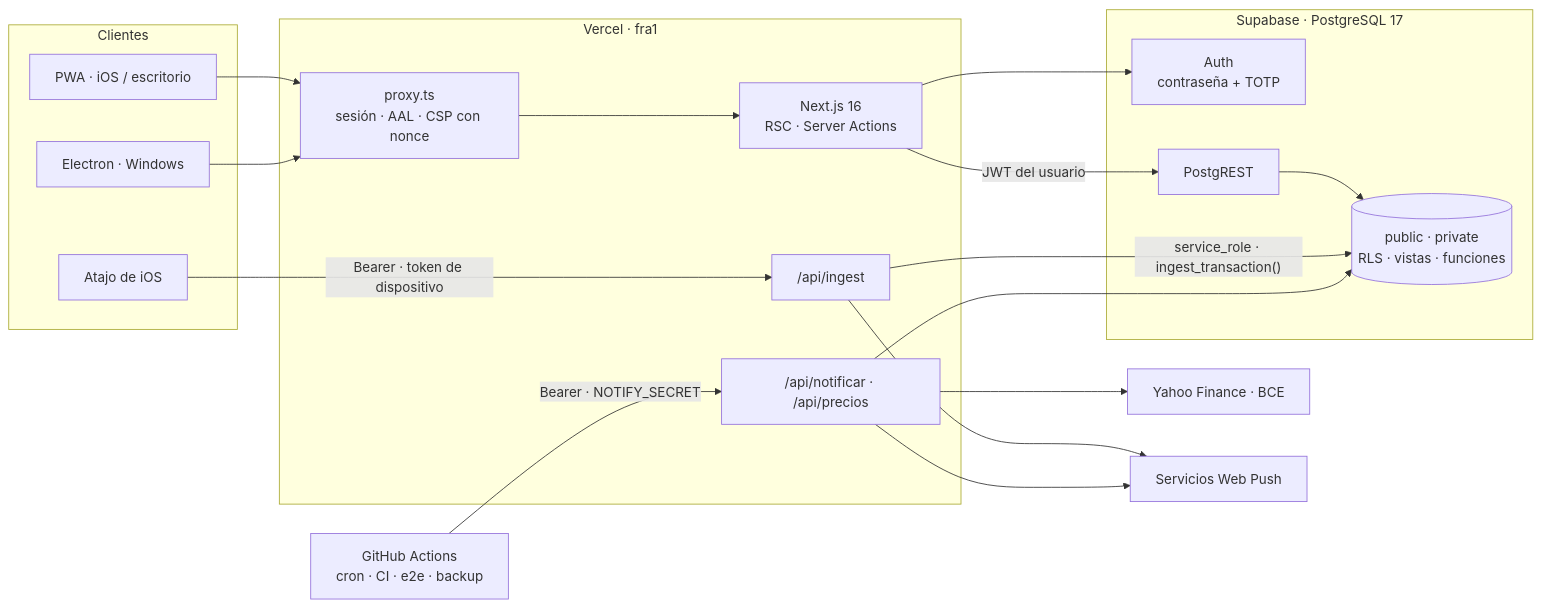
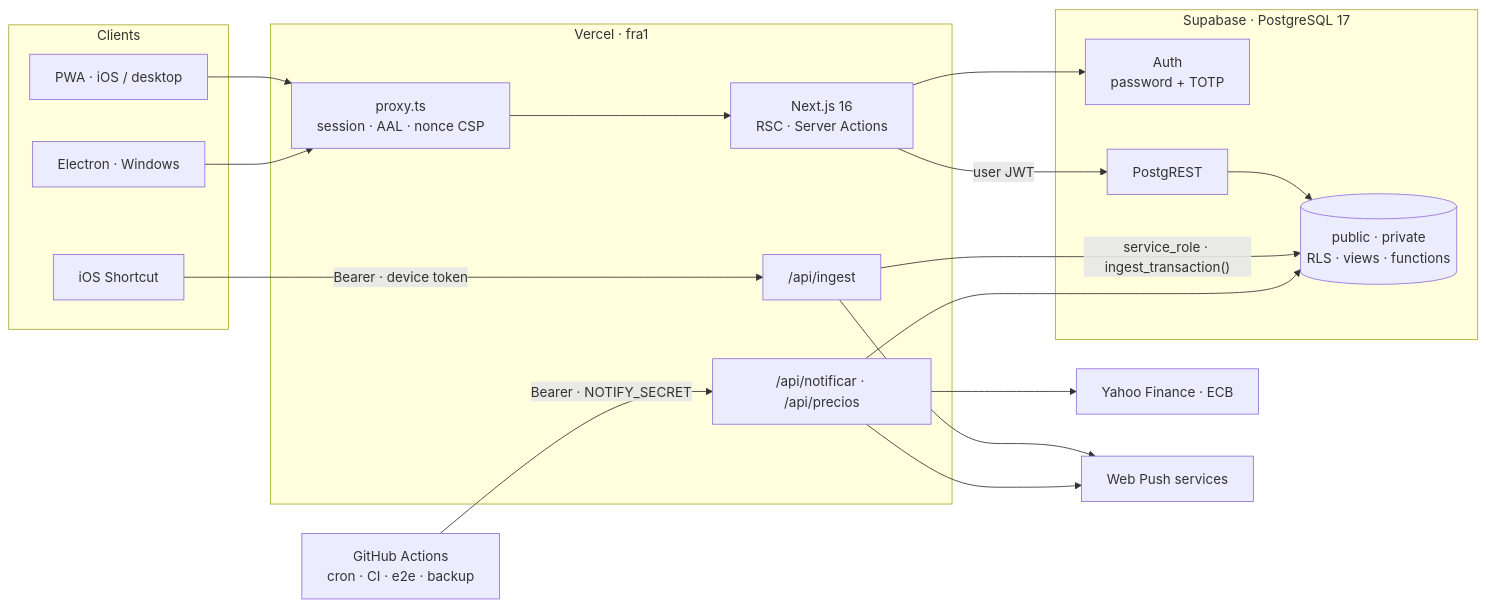
The first of 2 diagrams in README.md (PaabloMrtneez/cartera-finanzas), drawn with Mermaid before and after one commit. The commit also changed other lines of this file and 14 other files, not shown here.

````diff
--- a/README.md
+++ b/README.md
@@ -87,32 +95,32 @@
 ```mermaid
 flowchart LR
-    subgraph Clientes
-        M[PWA · iOS / escritorio]
+    subgraph Clients
+        M[PWA · iOS / desktop]
         D[Electron · Windows]
-        S[Atajo de iOS]
+        S[iOS Shortcut]
     end
     subgraph Vercel["Vercel · fra1"]
-        P[proxy.ts<br/>sesión · AAL · CSP con nonce]
+        P[proxy.ts<br/>session · AAL · nonce CSP]
         N[Next.js 16<br/>RSC · Server Actions]
         I["/api/ingest"]
         J["/api/notificar · /api/precios"]
     end
     subgraph Supabase["Supabase · PostgreSQL 17"]
-        AU[Auth<br/>contraseña + TOTP]
+        AU[Auth<br/>password + TOTP]
         PR[PostgREST]
-        PG[(public · private<br/>RLS · vistas · funciones)]
+        PG[(public · private<br/>RLS · views · functions)]
     end
     GH[GitHub Actions<br/>cron · CI · e2e · backup]
-    EXT[Yahoo Finance · BCE]
-    WP[Servicios Web Push]
+    EXT[Yahoo Finance · ECB]
+    WP[Web Push services]
 
     M & D --> P --> N
-    S -- "Bearer · token de dispositivo" --> I
-    N -- "JWT del usuario" --> PR --> PG
+    S -- "Bearer · device token" --> I
+    N -- "user JWT" --> PR --> PG
     N --> AU
     I -- "service_role · ingest_transaction()" --> PG
     GH -- "Bearer · NOTIFY_SECRET" --> J
     J --> PG
     J --> EXT
     I & J --> WP
 ```
````
